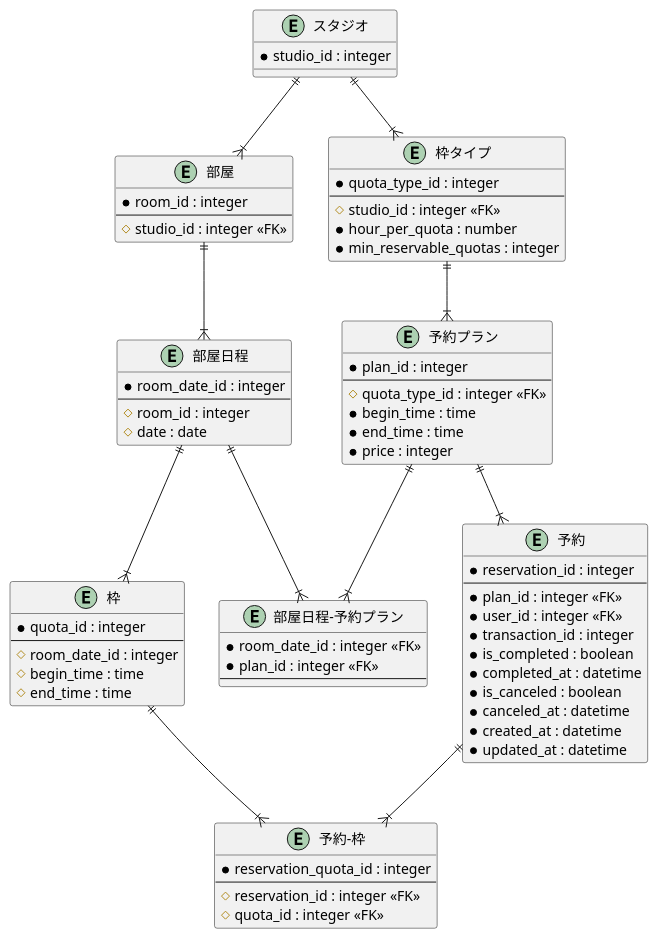
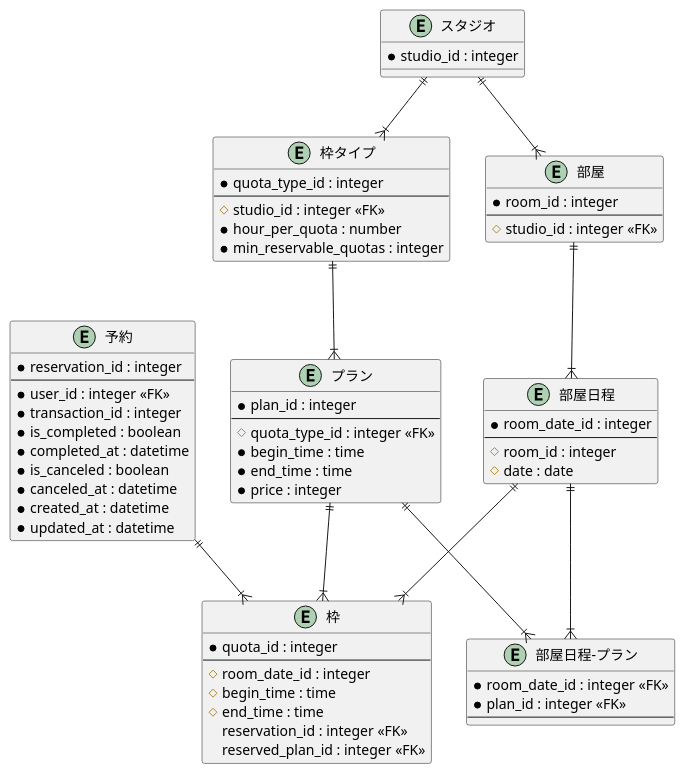
Before and after one commit to nnaakkaaii/search-studio-go: the diagram in spec/reservation.erd.puml, drawn with PlantUML. The commit also changed 4 other files, not shown here.

```diff
--- a/spec/reservation.erd.puml
+++ b/spec/reservation.erd.puml
@@ -1,83 +1,78 @@
 @startuml
 
 entity "スタジオ" as Studio {
     * studio_id : integer
 }
 
 entity "部屋" as Room {
     * room_id : integer
     --
     # studio_id : integer <<FK>>
 }
 
 entity "部屋日程" as RoomDate {
     * room_date_id : integer
     --
     # room_id : integer
     # date : date
 }
 
+' 部屋日程プランでroom_date_idに該当するplan_idを複数取得し、さらにbegin_timeとend_timeで検索をかけて、残ったplan_idがその枠で予約可能なプラン
 entity "枠" as Quota {
     * quota_id : integer
     --
     # room_date_id : integer
     # begin_time : time
     # end_time : time
+    reservation_id : integer <<FK>>
+    reserved_plan_id : integer <<FK>>
 }
 
 entity "枠タイプ" as QuotaType {
     * quota_type_id : integer
     --
     # studio_id : integer <<FK>>
     * hour_per_quota : number
     * min_reservable_quotas : integer
 }
 
-entity "予約プラン" as ReservationPlan {
+entity "プラン" as Plan {
     * plan_id : integer
     --
     # quota_type_id : integer <<FK>>
     * begin_time : time
     * end_time : time
     * price : integer
 }
 
-entity "部屋日程-予約プラン" as RoomDatePlan {
+entity "部屋日程-プラン" as RoomDatePlan {
     * room_date_id : integer <<FK>>
     * plan_id : integer <<FK>>
     --
 }
 
 entity "予約" as Reservation {
     * reservation_id : integer
     --
-    * plan_id : integer <<FK>>
     * user_id : integer <<FK>>
     * transaction_id : integer
     * is_completed : boolean
     * completed_at : datetime
     * is_canceled : boolean
     * canceled_at : datetime
     * created_at : datetime
     * updated_at : datetime
 }
 
-entity "予約-枠" as ReservationQuota {
-    * reservation_quota_id : integer
-    --
-    # reservation_id : integer <<FK>>
-    # quota_id : integer <<FK>>
-}
 
 Studio ||--|{ Room
 Room ||--|{ RoomDate
 Studio ||--|{ QuotaType
-QuotaType ||--|{ ReservationPlan
-ReservationPlan ||--|{ RoomDatePlan
+QuotaType ||--|{ Plan
+Plan ||--|{ RoomDatePlan
 RoomDate ||--|{ RoomDatePlan
 RoomDate ||--|{ Quota
-Quota ||--|{ ReservationQuota
-Reservation ||--|{ ReservationQuota
-ReservationPlan ||--|{ Reservation
+Reservation ||--|{ Quota
+Plan ||--|{ Quota
 
 @enduml
```
